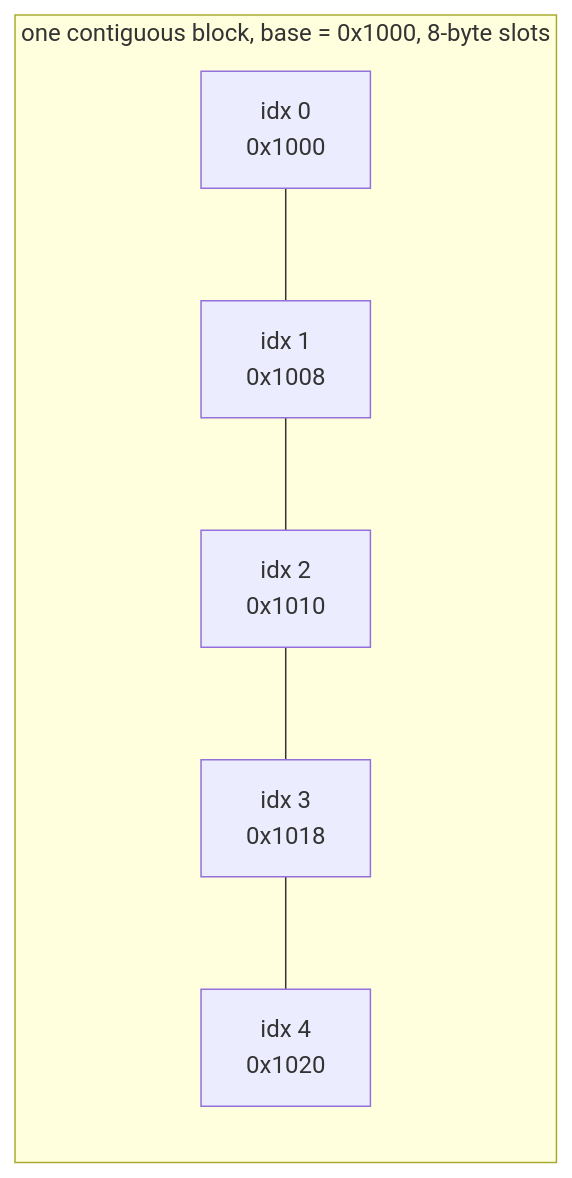
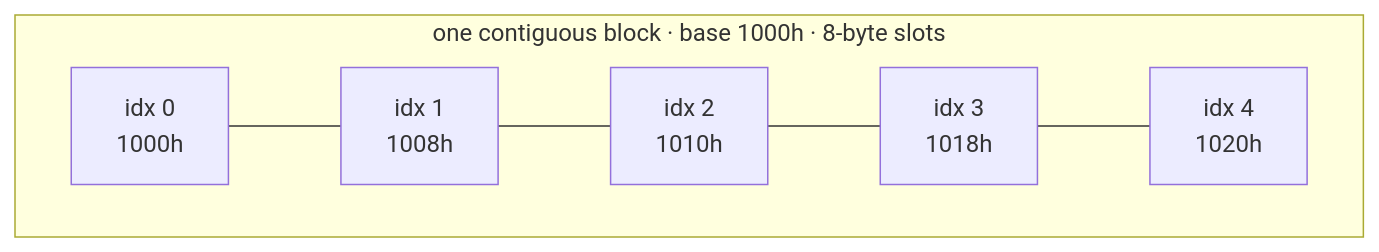
Before and after one commit to tharun-se95/LeetExpert: the diagram in course/arrays/contiguous-memory.md, drawn with Mermaid. The commit also changed 48 other files, not shown here.

````diff
--- a/course/arrays/contiguous-memory.md
+++ b/course/arrays/contiguous-memory.md
@@ -22,6 +22,7 @@
 ```mermaid
 flowchart LR
-  subgraph RAM["one contiguous block, base = 0x1000, 8-byte slots"]
-    A0["idx 0<br/>0x1000"] --- A1["idx 1<br/>0x1008"] --- A2["idx 2<br/>0x1010"] --- A3["idx 3<br/>0x1018"] --- A4["idx 4<br/>0x1020"]
+  subgraph RAM["one contiguous block · base 1000h · 8-byte slots"]
+    direction LR
+    A0["idx 0<br/>1000h"] --- A1["idx 1<br/>1008h"] --- A2["idx 2<br/>1010h"] --- A3["idx 3<br/>1018h"] --- A4["idx 4<br/>1020h"]
   end
 ```
````
